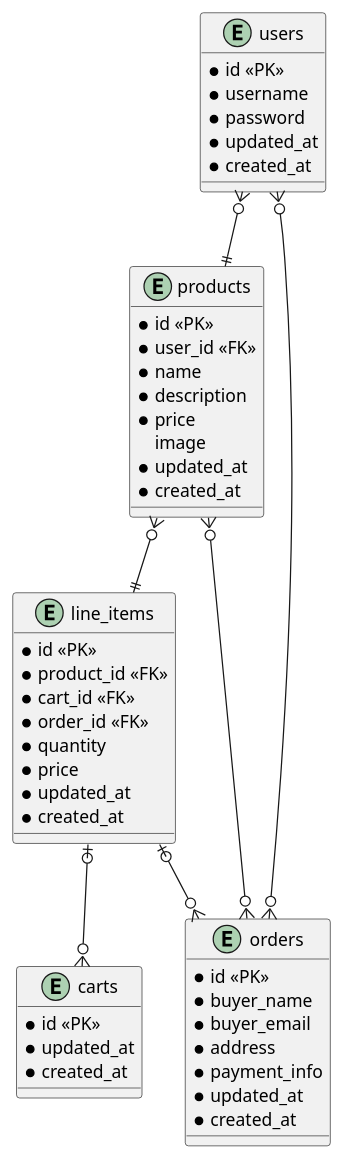
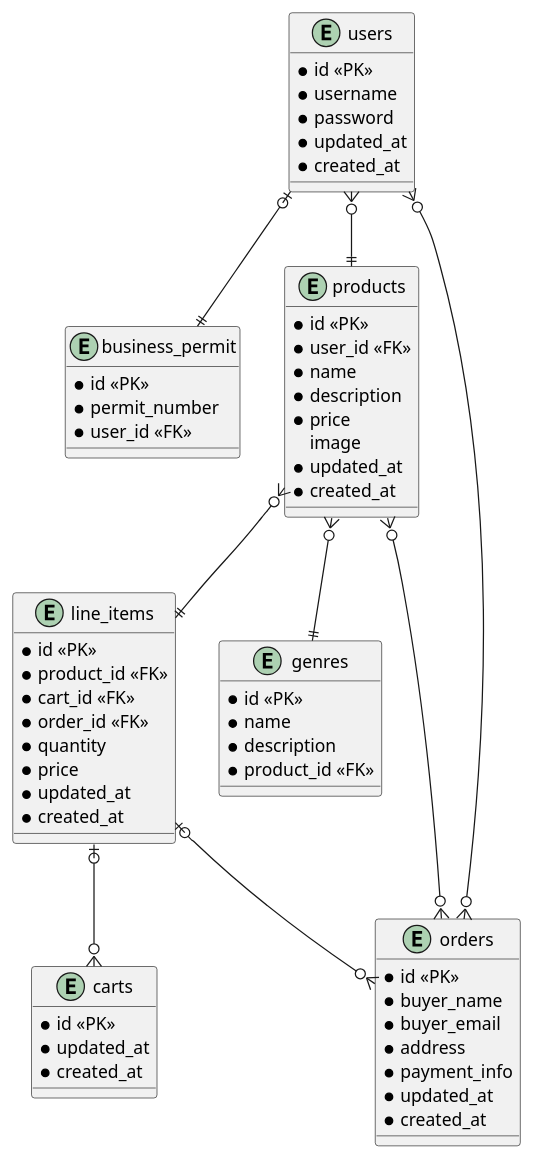
Before and after one commit to swayongshen/Depot: the diagram in depot/docs/er_digram.puml, drawn with PlantUML. The commit also changed 19 other files, not shown here.

```diff
--- a/depot/docs/er_digram.puml
+++ b/depot/docs/er_digram.puml
@@ -1,60 +1,75 @@
 @startuml
 'https://plantuml.com/class-diagram
 
 entity users {
     * id <<PK>>
     * username
     * password
     * updated_at
     * created_at
+}
+
+entity business_permit {
+    * id <<PK>>
+    * permit_number
+    * user_id <<FK>>
 }
 
 entity products {
     * id <<PK>>
     * user_id <<FK>>
     * name
     * description
     * price
     image
     * updated_at
     * created_at
 }
 
 entity line_items {
     * id <<PK>>
     * product_id <<FK>>
     * cart_id <<FK>>
     * order_id <<FK>>
     * quantity
     * price
     * updated_at
     * created_at
 }
 
 entity carts {
     * id <<PK>>
     * updated_at
     * created_at
 }
 
 entity orders {
     * id <<PK>>
     * buyer_name
     * buyer_email
     * address
     * payment_info
     * updated_at
     * created_at
 }
 
+entity genres {
+    * id <<PK>>
+    * name
+    * description
+    * product_id <<FK>>
+}
+
 users }o--|| products
+users |o--|| business_permit
 products }o--|| line_items
 line_items |o--o{ carts
 line_items |o--o{ orders
 orders }o--o{ users
 orders }o--o{ products
+products }o--|| genres
 
 
 
 
 @enduml
```
